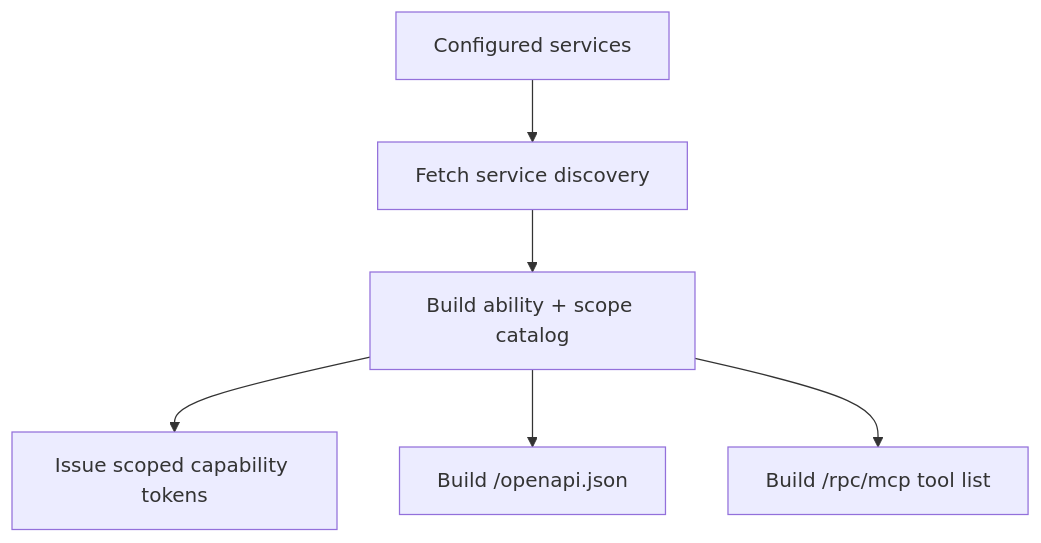
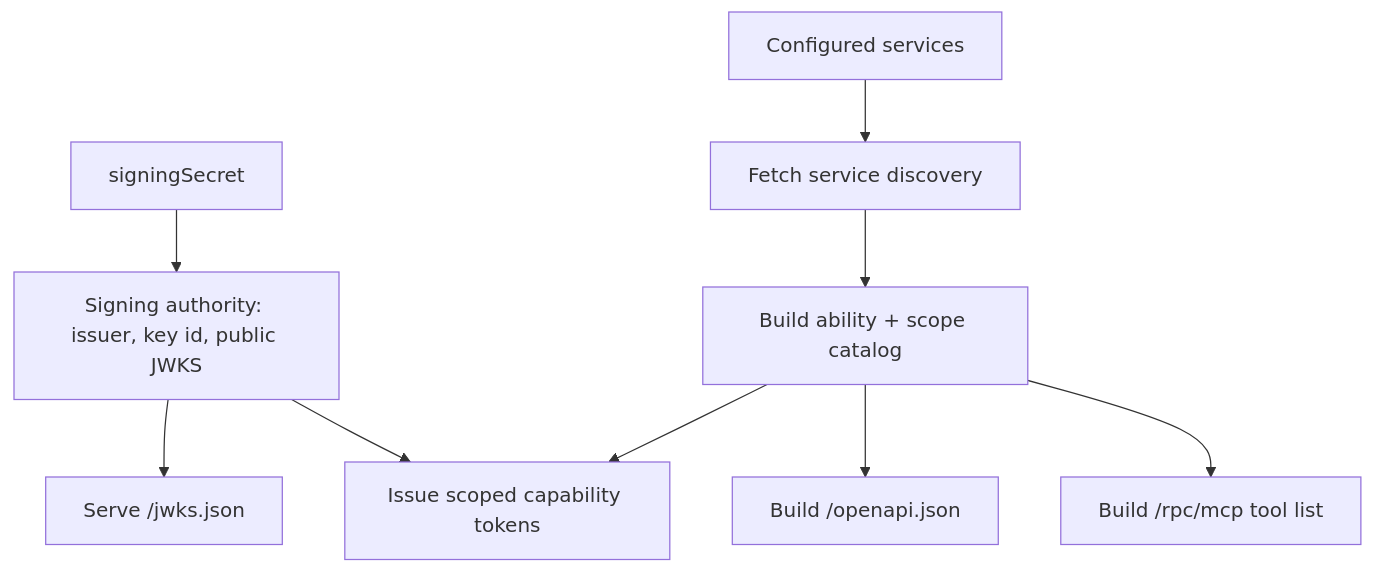
Before and after one commit to JUVOJustin/service-plane: the diagram in .apm/skills/service-plane/references/plane-creation.md, drawn with Mermaid. The commit also changed other lines of this file and 13 other files, not shown here.

````diff
--- a/.apm/skills/service-plane/references/plane-creation.md
+++ b/.apm/skills/service-plane/references/plane-creation.md
@@ -45,8 +45,11 @@
 ```mermaid
 flowchart TD
+  Secret["signingSecret"] --> Authority["Signing authority: issuer, key id, public JWKS"]
+  Authority --> JWKS["Serve /jwks.json"]
   Services["Configured services"] --> Discovery["Fetch service discovery"]
   Discovery --> Catalog["Build ability + scope catalog"]
   Catalog --> STS["Issue scoped capability tokens"]
+  Authority --> STS
   Catalog --> OpenAPI["Build /openapi.json"]
   Catalog --> MCP["Build /rpc/mcp tool list"]
 ```
````
